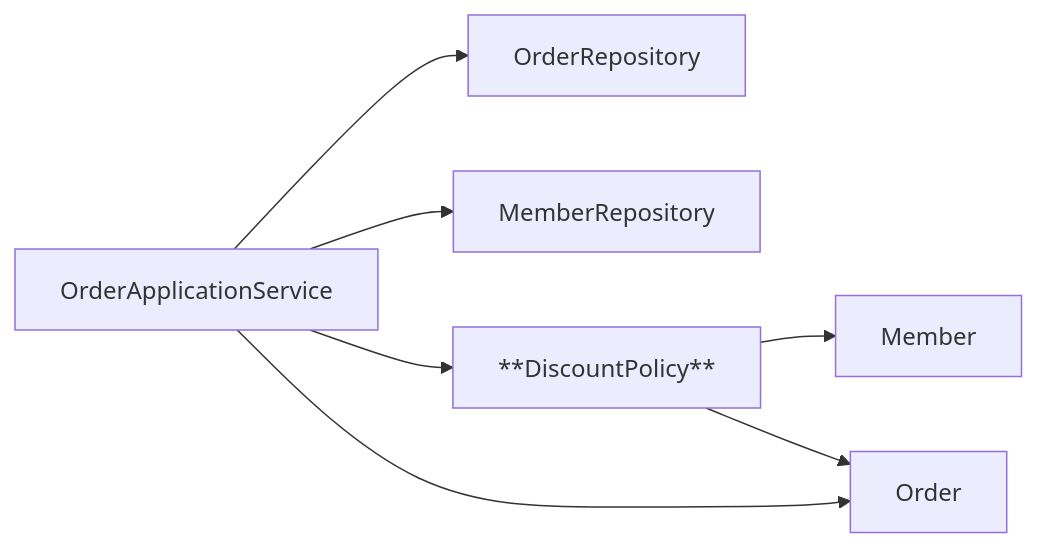
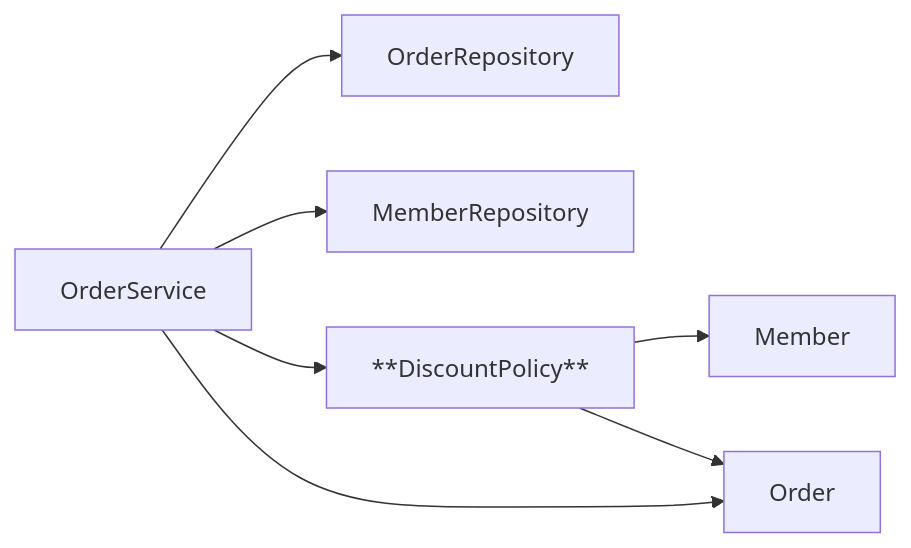
The second of 2 diagrams in .projectcode/chapters/discount/diagrams/flow.md (busan-bank-2026/ddd-example), drawn with Mermaid before and after one commit. The commit also changed 11 other files, not shown here.

````diff
--- a/.projectcode/chapters/discount/diagrams/flow.md
+++ b/.projectcode/chapters/discount/diagrams/flow.md
@@ -12,9 +12,9 @@
 ```mermaid
 flowchart LR
-  S[OrderApplicationService] --> OR[OrderRepository]
+  S[OrderService] --> OR[OrderRepository]
   S --> MR[MemberRepository]
   S --> P[**DiscountPolicy**]
   P --> M[Member]
   P --> O[Order]
   S --> O
 ```
````
